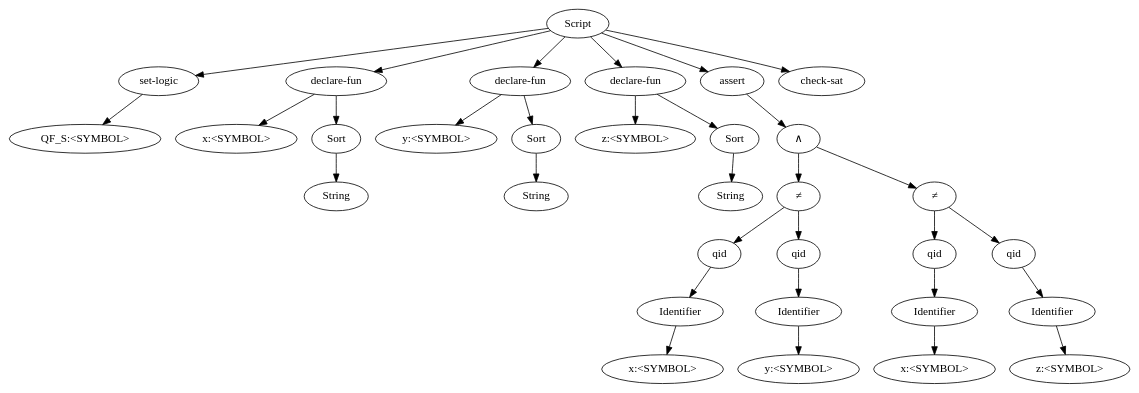
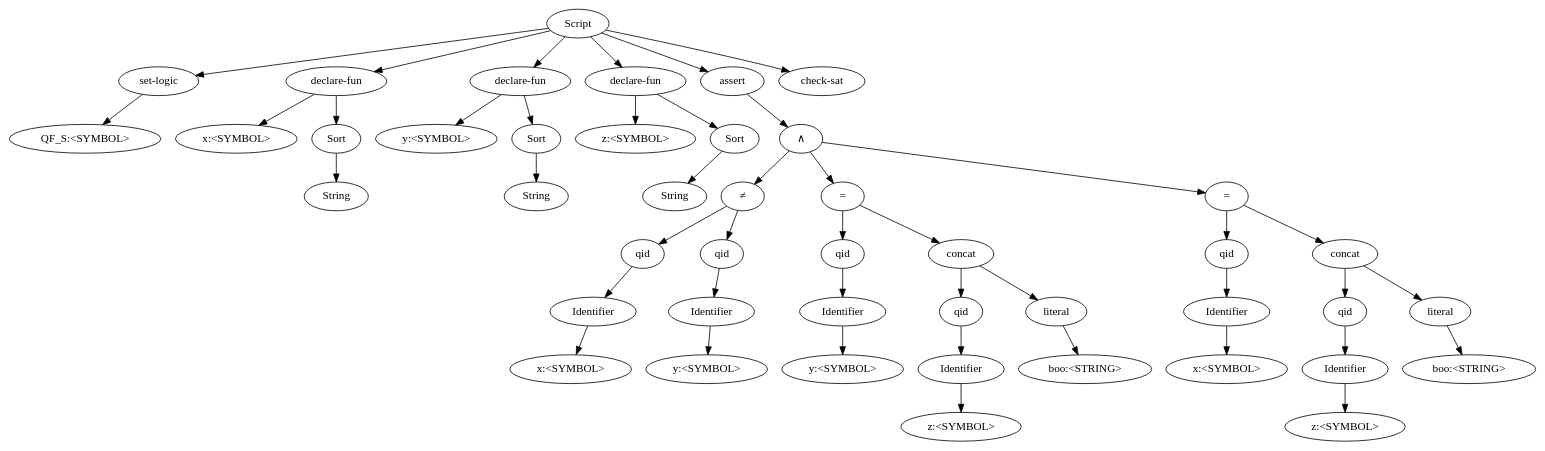
Before and after one commit to vlab-cs-ucsb/ABC: the diagram in src/output/parser_out.dot, drawn with Graphviz. The commit also changed 12 other files, not shown here.

```diff
--- a/src/output/parser_out.dot
+++ b/src/output/parser_out.dot
@@ -1,65 +1,91 @@
 digraph G { 
 "0" [label="Script"];
 "1" [label="set-logic"];
 "0" -> "1";
 "2" [label="QF_S:<SYMBOL>"];
 "1" -> "2";
 "3" [label="declare-fun"];
 "0" -> "3";
 "4" [label="x:<SYMBOL>"];
 "3" -> "4";
 "5" [label="Sort"];
 "3" -> "5";
 "6" [label="String"];
 "5" -> "6";
 "7" [label="declare-fun"];
 "0" -> "7";
 "8" [label="y:<SYMBOL>"];
 "7" -> "8";
 "9" [label="Sort"];
 "7" -> "9";
 "10" [label="String"];
 "9" -> "10";
 "11" [label="declare-fun"];
 "0" -> "11";
 "12" [label="z:<SYMBOL>"];
 "11" -> "12";
 "13" [label="Sort"];
 "11" -> "13";
 "14" [label="String"];
 "13" -> "14";
 "15" [label="assert"];
 "0" -> "15";
 "16" [label="&and;"];
 "15" -> "16";
 "17" [label="&ne;"];
 "16" -> "17";
 "18" [label="qid"];
 "17" -> "18";
 "19" [label="Identifier"];
 "18" -> "19";
 "20" [label="x:<SYMBOL>"];
 "19" -> "20";
 "21" [label="qid"];
 "17" -> "21";
 "22" [label="Identifier"];
 "21" -> "22";
 "23" [label="y:<SYMBOL>"];
 "22" -> "23";
-"24" [label="&ne;"];
+"24" [label="="];
 "16" -> "24";
 "25" [label="qid"];
 "24" -> "25";
 "26" [label="Identifier"];
 "25" -> "26";
-"27" [label="x:<SYMBOL>"];
+"27" [label="y:<SYMBOL>"];
 "26" -> "27";
-"28" [label="qid"];
+"28" [label="concat"];
 "24" -> "28";
-"29" [label="Identifier"];
+"29" [label="qid"];
 "28" -> "29";
-"30" [label="z:<SYMBOL>"];
+"30" [label="Identifier"];
 "29" -> "30";
-"31" [label="check-sat"];
-"0" -> "31";
+"31" [label="z:<SYMBOL>"];
+"30" -> "31";
+"32" [label="literal"];
+"28" -> "32";
+"33" [label="boo:<STRING>"];
+"32" -> "33";
+"34" [label="="];
+"16" -> "34";
+"35" [label="qid"];
+"34" -> "35";
+"36" [label="Identifier"];
+"35" -> "36";
+"37" [label="x:<SYMBOL>"];
+"36" -> "37";
+"38" [label="concat"];
+"34" -> "38";
+"39" [label="qid"];
+"38" -> "39";
+"40" [label="Identifier"];
+"39" -> "40";
+"41" [label="z:<SYMBOL>"];
+"40" -> "41";
+"42" [label="literal"];
+"38" -> "42";
+"43" [label="boo:<STRING>"];
+"42" -> "43";
+"44" [label="check-sat"];
+"0" -> "44";
 }
```
